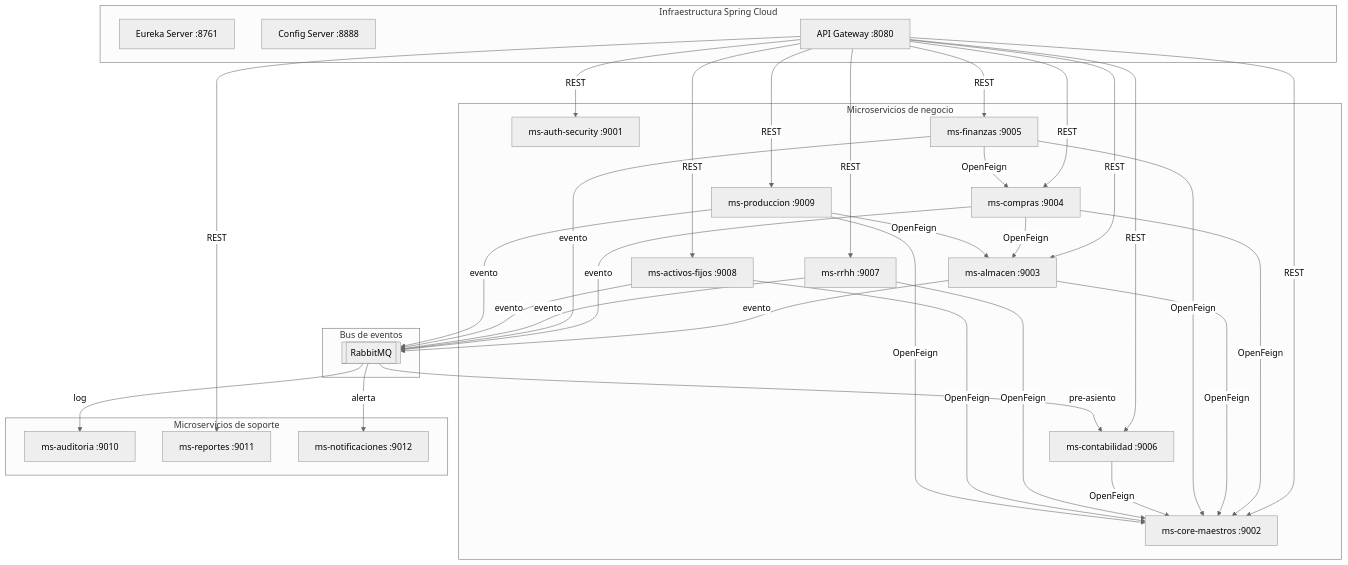
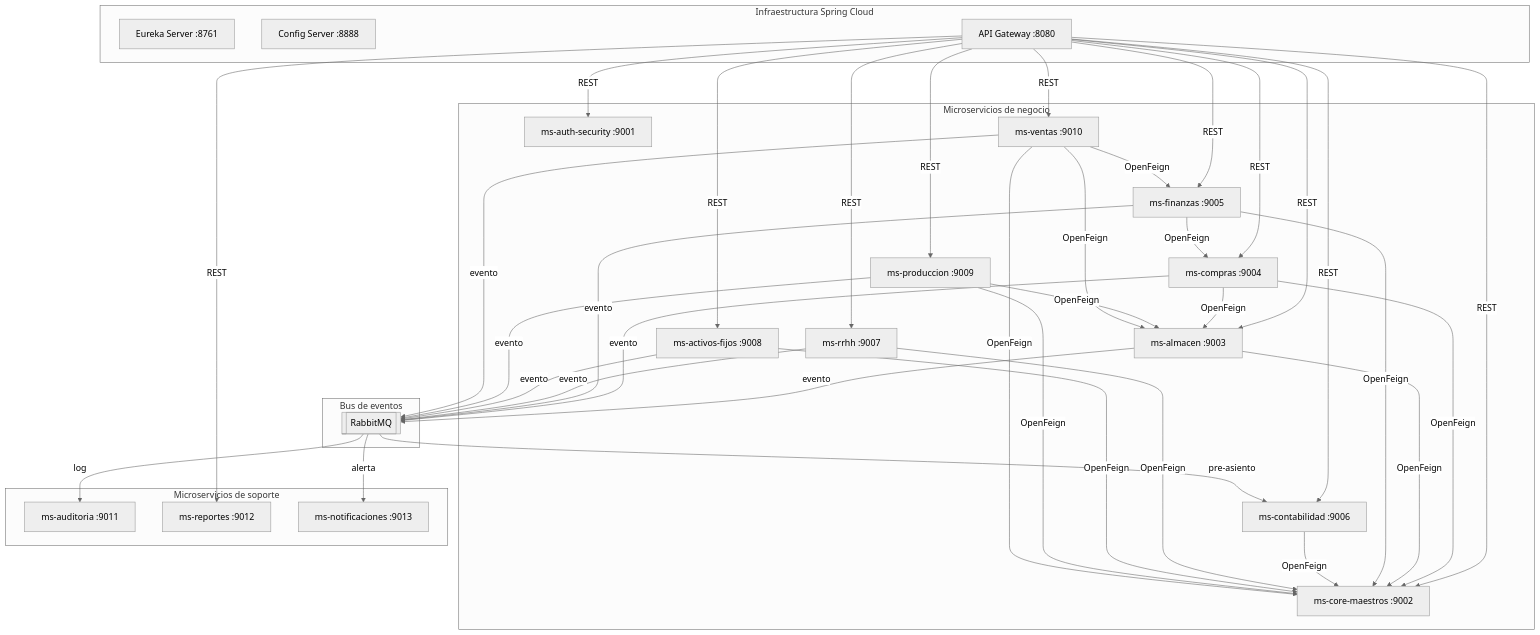
The second of 14 diagrams in restaurante.pe/ARQUITECTURA_RESTAURANT_PE.md (jramirezch1978/sigre_web), drawn with Mermaid (neutral theme) before and after one commit. The commit also changed other lines of this file and 2 other files, not shown here.

Commit message:
feat: Agregar ms-ventas como microservicio dedicado para modulo de Ventas (10 servicios de negocio)

````diff
--- a/restaurante.pe/ARQUITECTURA_RESTAURANT_PE.md
+++ b/restaurante.pe/ARQUITECTURA_RESTAURANT_PE.md
@@ -232,56 +236,62 @@
 ```mermaid
 flowchart TB
     subgraph Infraestructura["Infraestructura Spring Cloud"]
         EU[Eureka Server :8761]
         CFG[Config Server :8888]
         GW[API Gateway :8080]
     end
     subgraph Negocio["Microservicios de negocio"]
         AUTH[ms-auth-security :9001]
         CORE[ms-core-maestros :9002]
         ALM[ms-almacen :9003]
         COM[ms-compras :9004]
         FIN[ms-finanzas :9005]
         CNT[ms-contabilidad :9006]
         RRHH[ms-rrhh :9007]
         AF[ms-activos-fijos :9008]
         PROD[ms-produccion :9009]
+        VEN[ms-ventas :9010]
     end
     subgraph Soporte["Microservicios de soporte"]
-        AUD[ms-auditoria :9010]
-        RPT[ms-reportes :9011]
-        NOTIF[ms-notificaciones :9012]
+        AUD[ms-auditoria :9011]
+        RPT[ms-reportes :9012]
+        NOTIF[ms-notificaciones :9013]
     end
     subgraph Bus["Bus de eventos"]
         MQ[[RabbitMQ]]
     end
     GW -->|REST| AUTH
     GW -->|REST| CORE
     GW -->|REST| ALM
     GW -->|REST| COM
     GW -->|REST| FIN
     GW -->|REST| CNT
     GW -->|REST| RRHH
     GW -->|REST| AF
     GW -->|REST| PROD
+    GW -->|REST| VEN
     GW -->|REST| RPT
     COM -->|OpenFeign| CORE
     COM -->|OpenFeign| ALM
     ALM -->|OpenFeign| CORE
     FIN -->|OpenFeign| CORE
     FIN -->|OpenFeign| COM
     CNT -->|OpenFeign| CORE
     RRHH -->|OpenFeign| CORE
     AF -->|OpenFeign| CORE
     PROD -->|OpenFeign| CORE
     PROD -->|OpenFeign| ALM
+    VEN -->|OpenFeign| CORE
+    VEN -->|OpenFeign| ALM
+    VEN -->|OpenFeign| FIN
     ALM -->|evento| MQ
     COM -->|evento| MQ
     FIN -->|evento| MQ
     RRHH -->|evento| MQ
     AF -->|evento| MQ
     PROD -->|evento| MQ
+    VEN -->|evento| MQ
     MQ -->|pre-asiento| CNT
     MQ -->|log| AUD
     MQ -->|alerta| NOTIF
 ```
````
